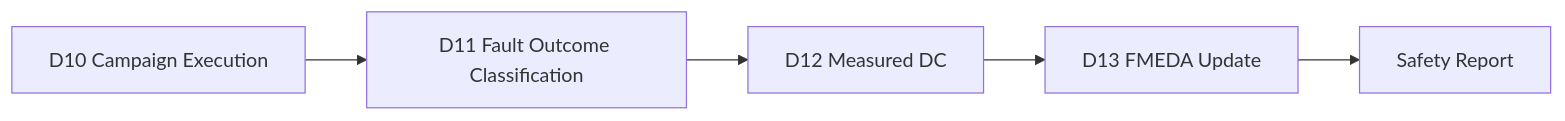
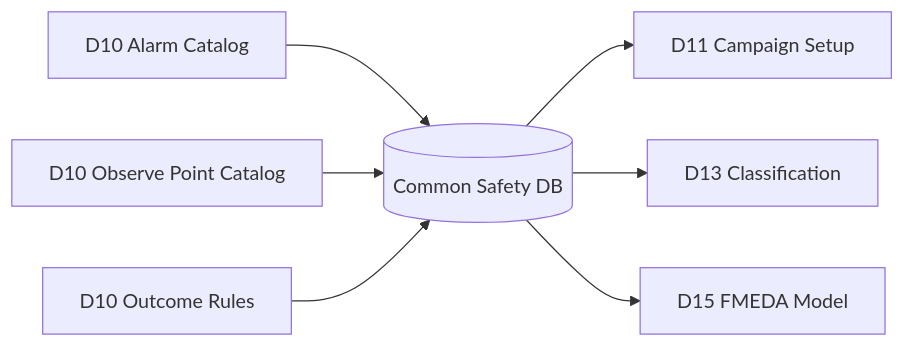
One commit to qiqixixi1001/automotive-safeic-practice changed the eighth of 8 diagrams in articles/10_automotive_safeic_practice_d10_github_en_fault_campaign_execution.md. Above: the diagram before and after it, drawn with Mermaid. The commit also changed other lines of this file, not shown here.

````diff
--- a/articles/10_automotive_safeic_practice_d10_github_en_fault_campaign_execution.md
+++ b/articles/10_automotive_safeic_practice_d10_github_en_fault_campaign_execution.md
@@ -1322,7 +1019,9 @@
 ```mermaid
 flowchart LR
-    A[D10 Campaign Execution] --> B[D11 Fault Outcome Classification]
-    B --> C[D12 Measured DC]
-    C --> D[D13 FMEDA Update]
-    D --> E[Safety Report]
+    A[D10 Alarm Catalog] --> DB[(Common Safety DB)]
+    B[D10 Observe Point Catalog] --> DB
+    C[D10 Outcome Rules] --> DB
+    DB --> D[D11 Campaign Setup]
+    DB --> E[D13 Classification]
+    DB --> F[D15 FMEDA Model]
 ```
````
